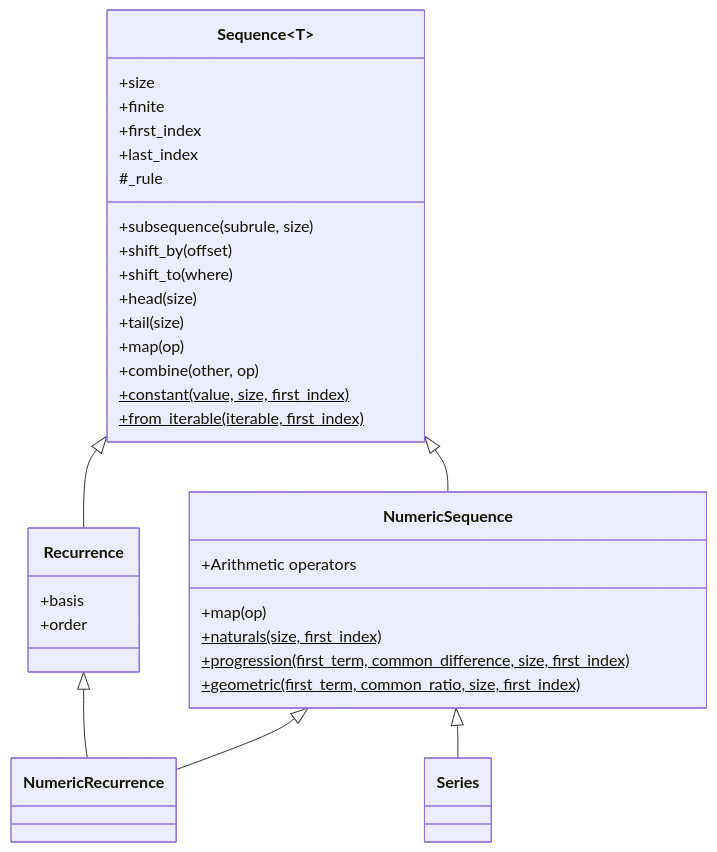
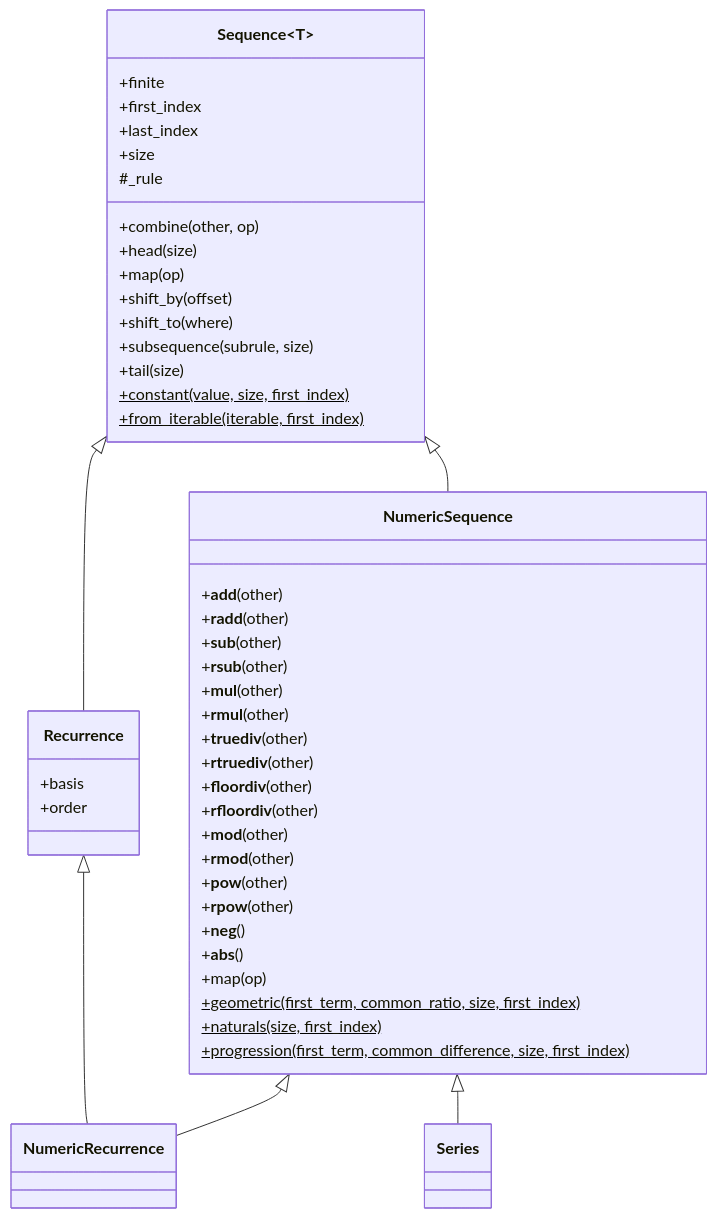
One commit to avikpln/calculus changed the diagram in ARCHITECTURE.md. Above: the diagram before and after it, drawn with Mermaid. The commit also changed other lines of this file and 1 other file, not shown here.

Commit message:
Refine architecture documentation
Orders class members consistently, lists NumericSequence's arithmetic
special methods explicitly, clarifies notation and class relationships,
and tracks the open question of documenting protected members and nested
classes.

````diff
--- a/ARCHITECTURE.md
+++ b/ARCHITECTURE.md
@@ -8,41 +8,56 @@
 ```mermaid
 classDiagram
     class Sequence~T~ {
-        +size
         +finite
         +first_index
         +last_index
-        +subsequence(subrule, size)
+        +size
+        +combine(other, op)
+        +head(size)
+        +map(op)
         +shift_by(offset)
         +shift_to(where)
-        +head(size)
+        +subsequence(subrule, size)
         +tail(size)
-        +map(op)
-        +combine(other, op)
         +constant(value, size, first_index)$
         +from_iterable(iterable, first_index)$
         #_rule
     }
 
     class NumericSequence {
-        +Arithmetic operators
+        +__add__(other)
+        +__radd__(other)
+        +__sub__(other)
+        +__rsub__(other)
+        +__mul__(other)
+        +__rmul__(other)
+        +__truediv__(other)
+        +__rtruediv__(other)
+        +__floordiv__(other)
+        +__rfloordiv__(other)
+        +__mod__(other)
+        +__rmod__(other)
+        +__pow__(other)
+        +__rpow__(other)
+        +__neg__()
+        +__abs__()
         +map(op)
+        +geometric(first_term, common_ratio, size, first_index)$
         +naturals(size, first_index)$
         +progression(first_term, common_difference, size, first_index)$
-        +geometric(first_term, common_ratio, size, first_index)$
     }
 
     Sequence <|-- NumericSequence
 
     class Recurrence {
         +basis
         +order
     }
 
     Sequence <|-- Recurrence
 
     NumericSequence <|-- NumericRecurrence
     Recurrence <|-- NumericRecurrence
 
     NumericSequence <|-- Series
 ```
````
